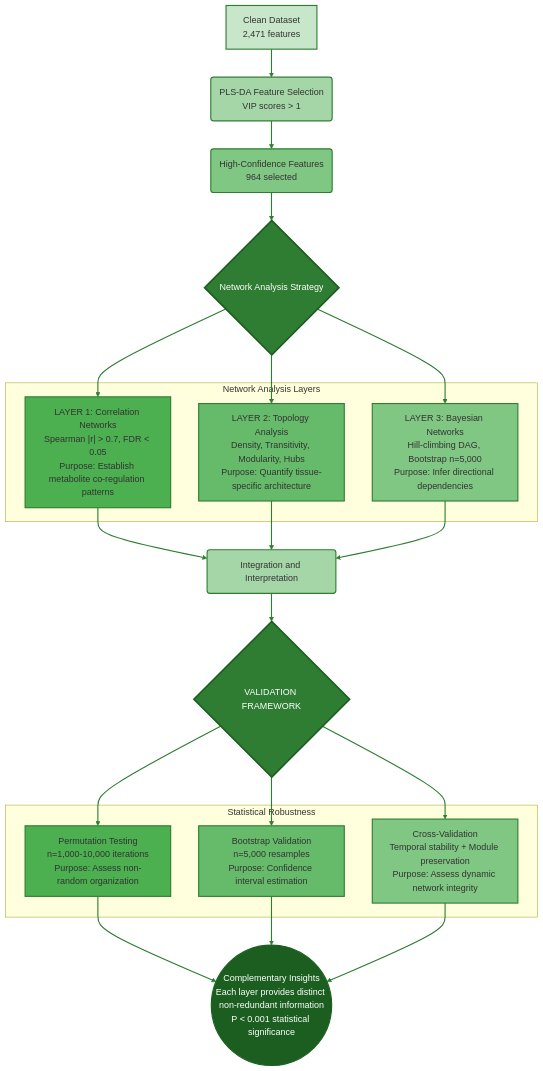
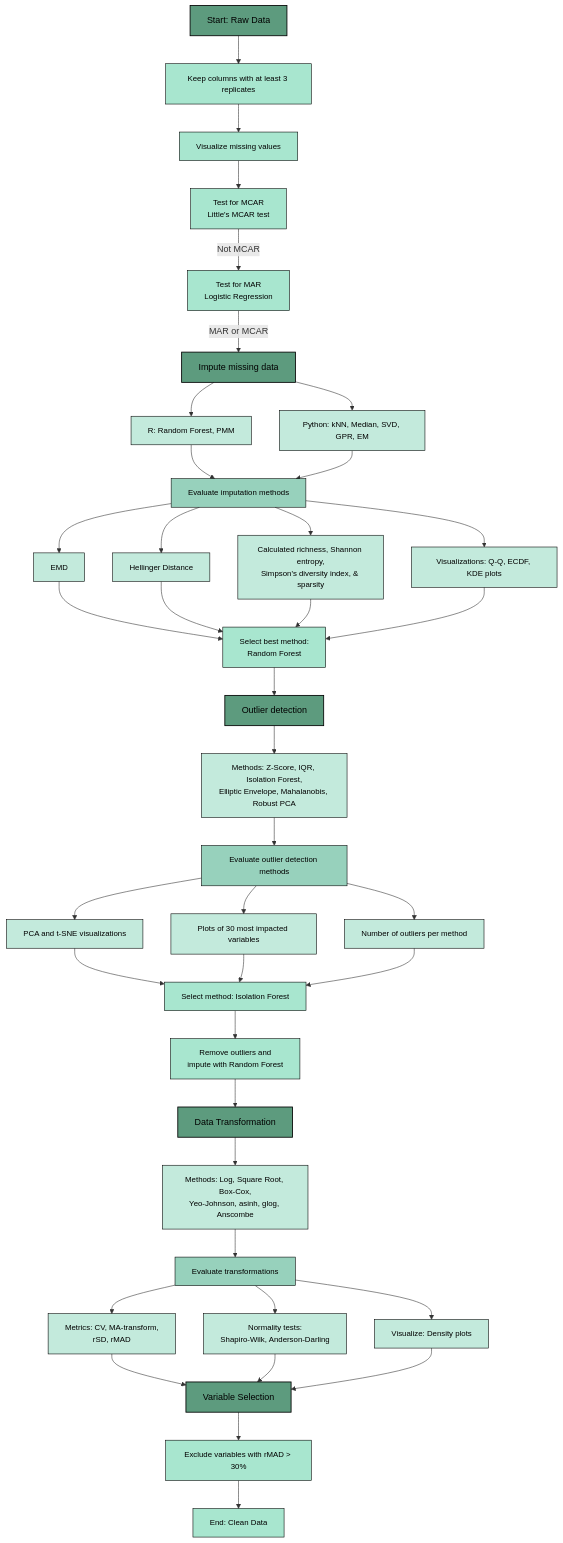
Before and after one commit to shoaibms/metabo: the second of 2 diagrams in README.md, drawn with Mermaid.

````diff
--- a/README.md
+++ b/README.md
@@ -250,60 +250,71 @@
 ```mermaid
 
-graph TD
-    A["Clean Dataset<br/>2,471 features"] --> B("PLS-DA Feature Selection<br/>VIP scores > 1")
-    B --> C("High-Confidence Features<br/>964 selected")
+flowchart TD
+    A["Start: Raw Data"] --> B["Keep columns with at least 3 replicates"]
+    B --> C["Visualize missing values"]
+    C --> D["Test for MCAR<br>Little's MCAR test"]
+    D -->|"Not MCAR"| E["Test for MAR<br>Logistic Regression"]
+    E -->|"MAR or MCAR"| F["Impute missing data"]
     
-    C --> D{"Network Analysis Strategy"}
+    F --> G1["R: Random Forest, PMM"]
+    F --> G2["Python: kNN, Median, SVD, GPR, EM"]
     
-    D --> E
-    D --> F
-    D --> G
-
-    subgraph AnalysisLayers ["Network Analysis Layers"]
-        E["LAYER 1: Correlation Networks<br/>Spearman |r| > 0.7, FDR < 0.05<br/>Purpose: Establish metabolite co-regulation patterns"]
-        F["LAYER 2: Topology Analysis<br/>Density, Transitivity, Modularity, Hubs<br/>Purpose: Quantify tissue-specific architecture"]
-        G["LAYER 3: Bayesian Networks<br/>Hill-climbing DAG, Bootstrap n=5,000<br/>Purpose: Infer directional dependencies"]
-    end
+    G1 --> H["Evaluate imputation methods"]
+    G2 --> H
     
-    E --> H("Integration and Interpretation")
-    F --> H
-    G --> H
+    H --> I1["EMD"]
+    H --> I2["Hellinger Distance"]
+    H --> I3["Calculated richness, Shannon entropy,<br>Simpson's diversity index, & sparsity"]
+    H --> I4["Visualizations: Q-Q, ECDF, KDE plots"]
     
-    H --> I{"VALIDATION FRAMEWORK"}
-    
-    I --> I1
-    I --> I2
-    I --> I3
-
-    subgraph ValidationAspects ["Statistical Robustness"]
-        I1["Permutation Testing<br/>n=1,000-10,000 iterations<br/>Purpose: Assess non-random organization"]
-        I2["Bootstrap Validation<br/>n=5,000 resamples<br/>Purpose: Confidence interval estimation"]
-        I3["Cross-Validation<br/>Temporal stability + Module preservation<br/>Purpose: Assess dynamic network integrity"]
-    end
-    
-    I1 --> J(("Complementary Insights<br/>Each layer provides distinct non-redundant information<br/>P < 0.001 statistical significance"))
+    I1 --> J["Select best method:<br>Random Forest"]
     I2 --> J
     I3 --> J
+    I4 --> J
+    
+    J --> K["Outlier detection"]
+    
+    K --> L["Methods: Z-Score, IQR, Isolation Forest,<br>Elliptic Envelope, Mahalanobis, Robust PCA"]
+    
+    L --> M["Evaluate outlier detection methods"]
+    
+    M --> N1["PCA and t-SNE visualizations"]
+    M --> N2["Plots of 30 most impacted variables"]
+    M --> N3["Number of outliers per method"]
+    
+    N1 --> O["Select method: Isolation Forest"]
+    N2 --> O
+    N3 --> O
+    
+    O --> P["Remove outliers and<br>impute with Random Forest"]
+    
+    P --> Q["Data Transformation"]
+    
+    Q --> R["Methods: Log, Square Root, Box-Cox,<br>Yeo-Johnson, asinh, glog, Anscombe"]
+    
+    R --> S["Evaluate transformations"]
+    
+    S --> T1["Metrics: CV, MA-transform,<br>rSD, rMAD"]
+    S --> T2["Normality tests:<br>Shapiro-Wilk, Anderson-Darling"]
+    S --> T3["Visualize: Density plots"]
+    
+    T1 --> U["Variable Selection"]
+    T2 --> U
+    T3 --> U
+    
+    U --> V["Exclude variables with rMAD > 30%"]
+    
+    V --> W["End: Clean Data"]
 
-    %% Styling nodes with different shades of green
-    style A fill:#c8e6c9,stroke:#2e7d32,stroke-width:2px
-    style B fill:#a5d6a7,stroke:#2e7d32,stroke-width:2px
-    style C fill:#81c784,stroke:#2e7d32,stroke-width:2px
-    style D fill:#2e7d32,stroke:#1b5e20,stroke-width:3px,color:#fff
+    %% Style definitions - different shades of green based on hierarchy
+    classDef mainDecision fill:#5d9b7e,stroke:#000,stroke-width:1.5px,shape:diamond,color:black,font-size:16px
+    classDef process fill:#a8e6cf,stroke:#000,stroke-width:1px,color:black,font-size:14px
+    classDef evaluateProcess fill:#97d1bc,stroke:#000,stroke-width:1px,color:black,font-size:14px
+    classDef methodProcess fill:#c3eadc,stroke:#000,stroke-width:1px,color:black,font-size:14px
     
-    style E fill:#4caf50,stroke:#2e7d32,stroke-width:2px
-    style F fill:#66bb6a,stroke:#2e7d32,stroke-width:2px
-    style G fill:#81c784,stroke:#2e7d32,stroke-width:2px
-    
-    style H fill:#a5d6a7,stroke:#2e7d32,stroke-width:2px
-    style I fill:#2e7d32,stroke:#1b5e20,stroke-width:3px,color:#fff
-    
-    style I1 fill:#4caf50,stroke:#2e7d32,stroke-width:2px
-    style I2 fill:#66bb6a,stroke:#2e7d32,stroke-width:2px
-    style I3 fill:#81c784,stroke:#2e7d32,stroke-width:2px
-    
-    style J fill:#1b5e20,stroke:#1b5e20,stroke-width:2px,color:#fff
-
-    %% Styling edges
-    linkStyle default stroke:#2e7d32,stroke-width:2px
+    %% Apply styles
+    class A,F,K,Q,U mainDecision
+    class B,C,D,E,J,O,P,V,W process
+    class H,M,S evaluateProcess
+    class G1,G2,I1,I2,I3,I4,L,N1,N2,N3,R,T1,T2,T3 methodProcess
 ```
````
